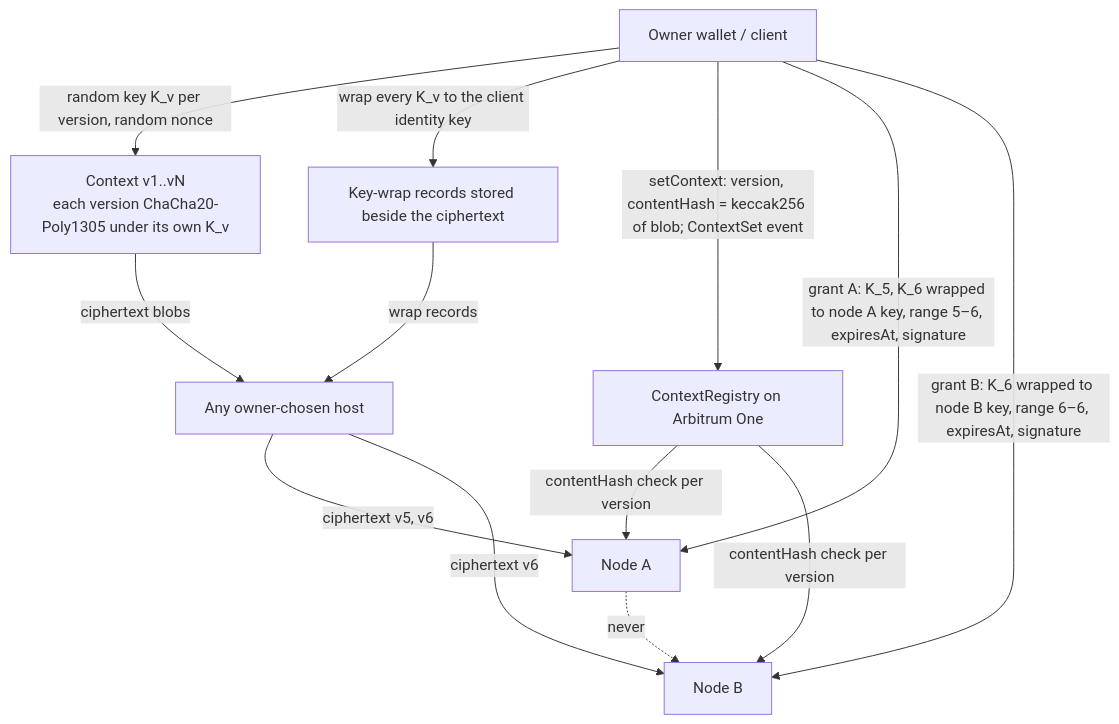
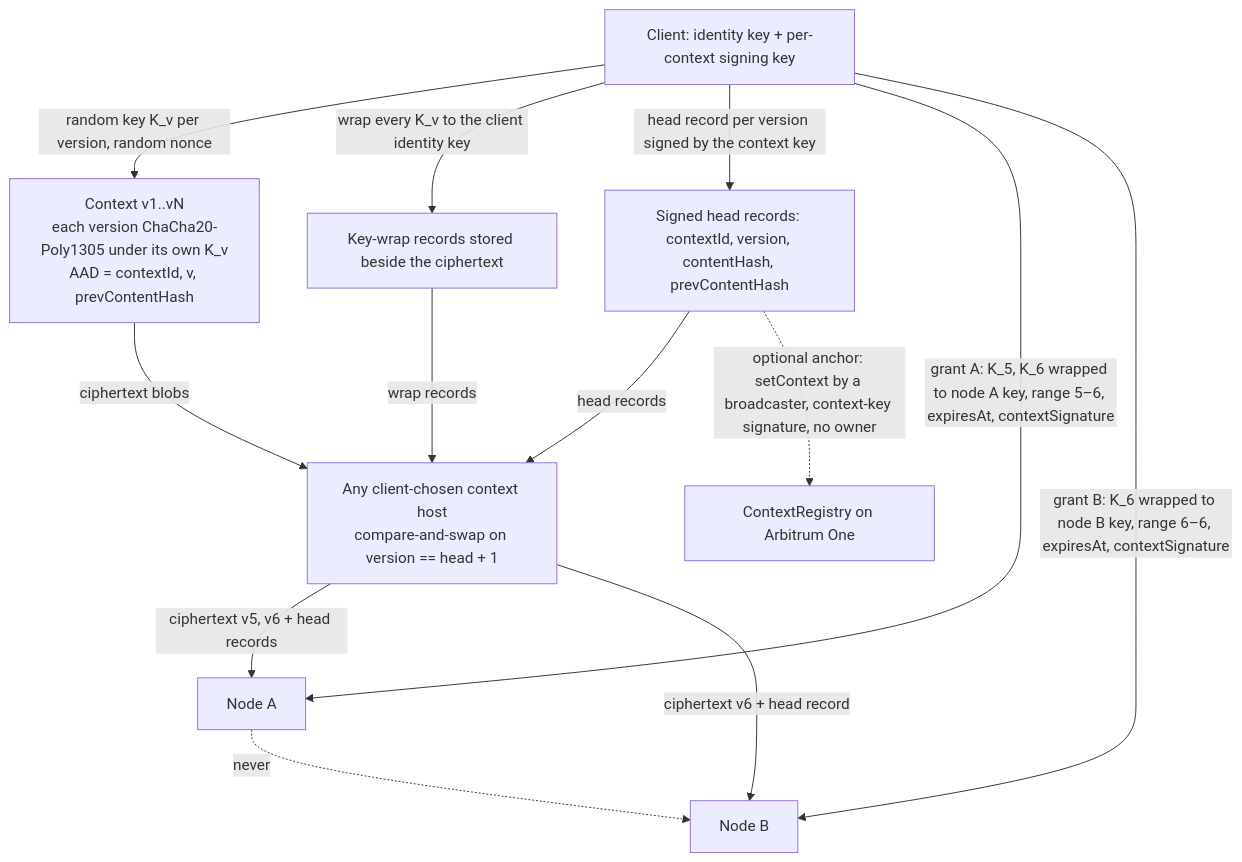
One commit to Comuns-ai/comuns changed the second of 2 diagrams in docs/security/privacy-and-contexts.md. Above: the diagram before and after it, drawn with Mermaid. The commit also changed other lines of this file and 43 other files, not shown here.

````diff
--- a/docs/security/privacy-and-contexts.md
+++ b/docs/security/privacy-and-contexts.md
@@ -186,15 +250,15 @@
 ```mermaid
 flowchart TD
-    O[Owner wallet / client] -->|random key K_v per version, random nonce| CTX[Context v1..vN<br/>each version ChaCha20-Poly1305 under its own K_v]
+    O[Client: identity key + per-context signing key] -->|random key K_v per version, random nonce| CTX[Context v1..vN<br/>each version ChaCha20-Poly1305 under its own K_v<br/>AAD = contextId, v, prevContentHash]
     O -->|wrap every K_v to the client identity key| W[Key-wrap records stored beside the ciphertext]
-    CTX -->|ciphertext blobs| H[Any owner-chosen host]
+    O -->|head record per version signed by the context key| HR[Signed head records: contextId, version, contentHash, prevContentHash]
+    CTX -->|ciphertext blobs| H[Any client-chosen context host<br/>compare-and-swap on version == head + 1]
     W -->|wrap records| H
-    O -->|setContext: version, contentHash = keccak256 of blob; ContextSet event| R[ContextRegistry on Arbitrum One]
-    O -->|grant A: K_5, K_6 wrapped to node A key, range 5–6, expiresAt, signature| A[Node A]
-    O -->|grant B: K_6 wrapped to node B key, range 6–6, expiresAt, signature| B[Node B]
-    H -->|ciphertext v5, v6| A
-    H -->|ciphertext v6| B
-    R -->|contentHash check per version| A
-    R -->|contentHash check per version| B
+    HR -->|head records| H
+    HR -.->|optional anchor: setContext by a broadcaster, context-key signature, no owner| R[ContextRegistry on Arbitrum One]
+    O -->|grant A: K_5, K_6 wrapped to node A key, range 5–6, expiresAt, contextSignature| A[Node A]
+    O -->|grant B: K_6 wrapped to node B key, range 6–6, expiresAt, contextSignature| B[Node B]
+    H -->|ciphertext v5, v6 + head records| A
+    H -->|ciphertext v6 + head record| B
     A -. never .-> B
 ```
````
